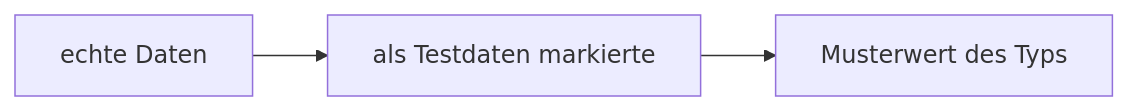
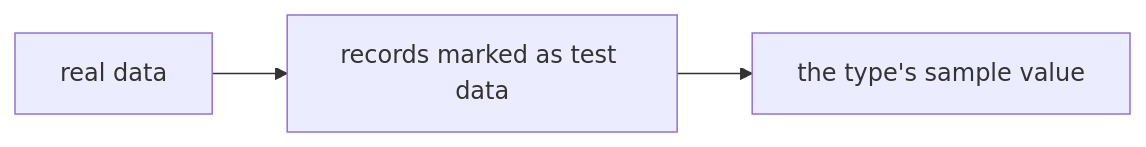
Before and after one commit to sfambach/wp-taxonomy-modeler: the eighth of 50 diagrams in docs/NewConcept/10-domain-core.md, drawn with Mermaid. The commit also changed other lines of this file and 4 other files, not shown here.

First line of the commit message:
Diagramme auf Englisch, Sachnamen bleiben

````diff
--- a/docs/NewConcept/10-domain-core.md
+++ b/docs/NewConcept/10-domain-core.md
@@ -647,4 +647,4 @@
 ```mermaid
 flowchart LR
-  A["echte Daten"] --> B["als Testdaten markierte"] --> C["Musterwert des Typs"]
+  A["real data"] --> B["records marked as test data"] --> C["the type's sample value"]
 ```
````
